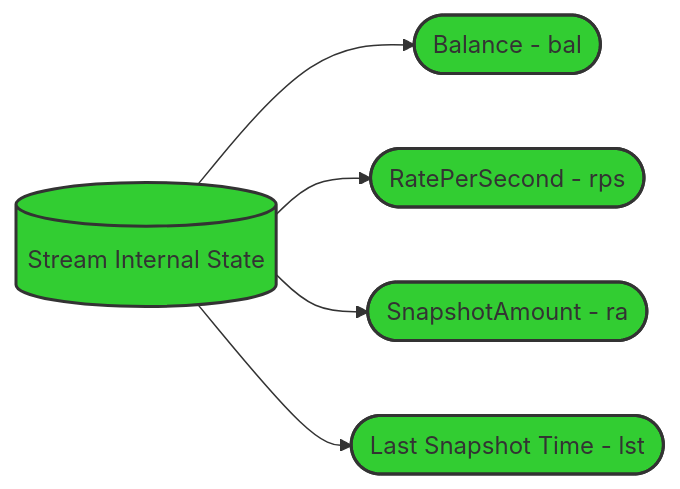
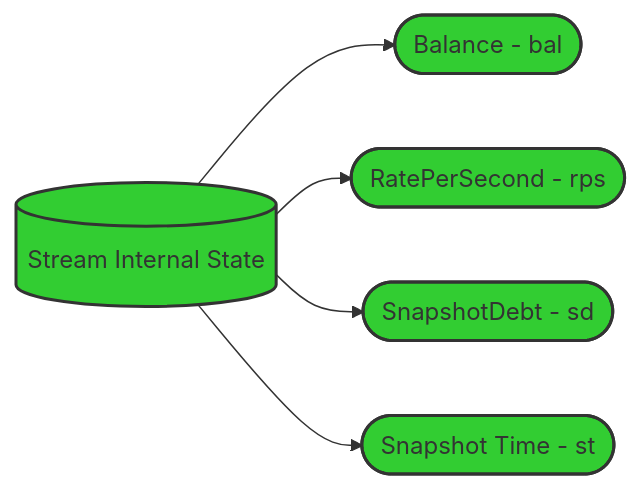
The third of 8 diagrams in diagrams.md (sablier-labs/flow), drawn with Mermaid before and after one commit. The commit also changed other lines of this file and 3 other files, not shown here.

Commit message:
docs: update README and diagrams

````diff
--- a/diagrams.md
+++ b/diagrams.md
@@ -133,15 +133,15 @@
 ```mermaid
 flowchart LR
     stream[(Stream Internal State)]:::green
     bal([Balance - bal]):::green
     rps([RatePerSecond - rps]):::green
-    ra([SnapshotAmount - ra]):::green
-    lst([Last Snapshot Time - lst]):::green
+    sd([SnapshotDebt - sd]):::green
+    st([Snapshot Time - st]):::green
 
     stream --> bal
     stream --> rps
-    stream --> ra
-    stream --> lst
+    stream --> sd
+    stream --> st
 
     classDef green fill:#32cd32,stroke:#333,stroke-width:2px;
 ```
````
